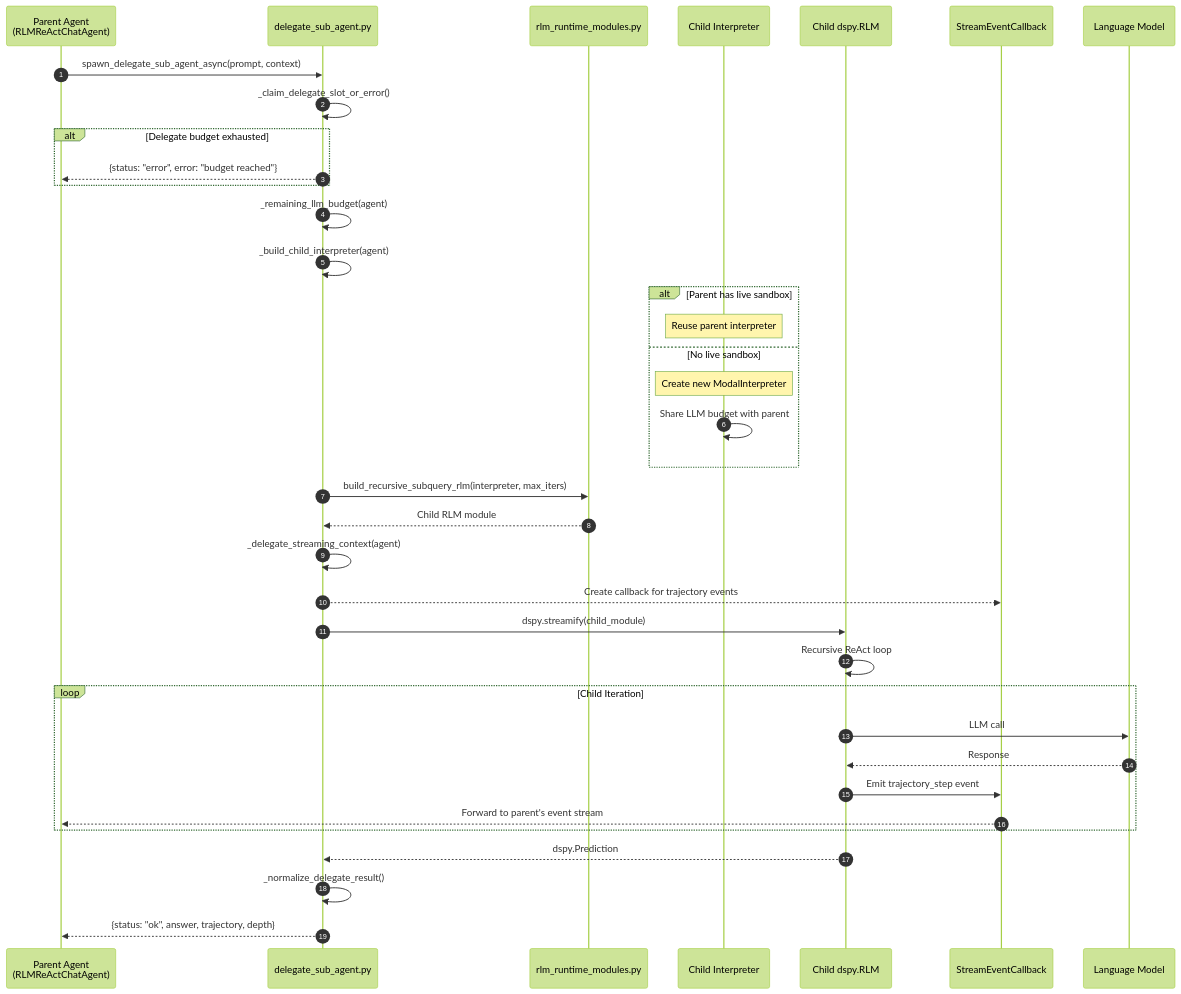
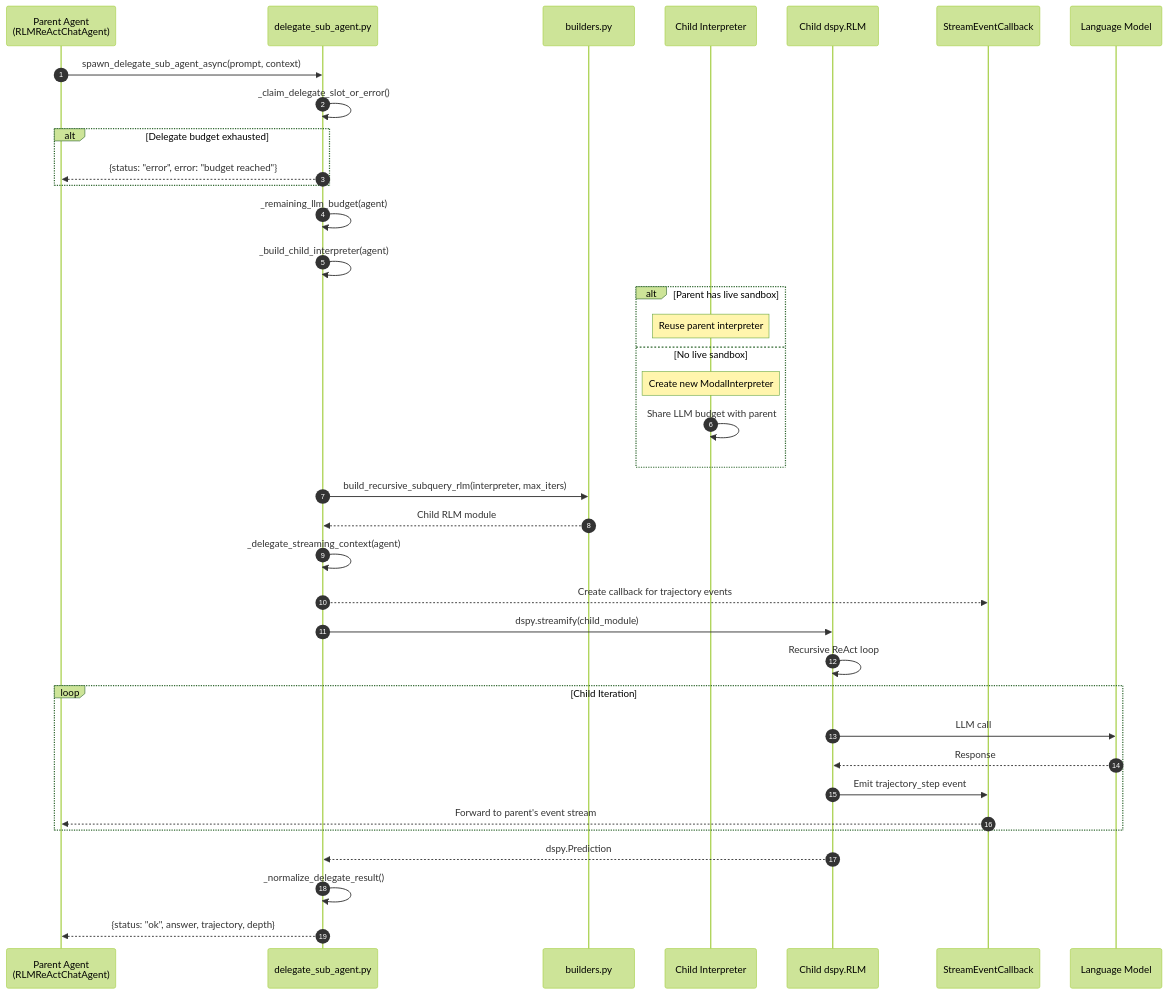
Before and after one commit to Qredence/fleet-rlm: the fifth of 6 diagrams in docs/architecture.md, drawn with Mermaid (forest theme). The commit also changed other lines of this file and 4 other files, not shown here.

First line of the commit message:
fix(comments): update stale core.* comment references and docs to fleet_rlm.runtime.*

````diff
--- a/docs/architecture.md
+++ b/docs/architecture.md
@@ -400,48 +400,48 @@
 ```mermaid
 sequenceDiagram
     autonumber
     participant Parent as Parent Agent<br/>(RLMReActChatAgent)
     participant Delegate as delegate_sub_agent.py
-    participant Builder as rlm_runtime_modules.py
+    participant Builder as builders.py
     participant ChildCtx as Child Interpreter
     participant ChildRLM as Child dspy.RLM
     participant StreamCb as StreamEventCallback
     participant LLM as Language Model
 
     Parent->>Delegate: spawn_delegate_sub_agent_async(prompt, context)
     Delegate->>Delegate: _claim_delegate_slot_or_error()
 
     alt Delegate budget exhausted
         Delegate-->>Parent: {status: "error", error: "budget reached"}
     end
 
     Delegate->>Delegate: _remaining_llm_budget(agent)
     Delegate->>Delegate: _build_child_interpreter(agent)
 
     alt Parent has live sandbox
         Note over ChildCtx: Reuse parent interpreter
     else No live sandbox
         Note over ChildCtx: Create new ModalInterpreter
         ChildCtx->>ChildCtx: Share LLM budget with parent
     end
 
     Delegate->>Builder: build_recursive_subquery_rlm(interpreter, max_iters)
     Builder-->>Delegate: Child RLM module
 
     Delegate->>Delegate: _delegate_streaming_context(agent)
     Delegate-->>StreamCb: Create callback for trajectory events
 
     Delegate->>ChildRLM: dspy.streamify(child_module)
     ChildRLM->>ChildRLM: Recursive ReAct loop
 
     loop Child Iteration
         ChildRLM->>LLM: LLM call
         LLM-->>ChildRLM: Response
         ChildRLM->>StreamCb: Emit trajectory_step event
         StreamCb-->>Parent: Forward to parent's event stream
     end
 
     ChildRLM-->>Delegate: dspy.Prediction
     Delegate->>Delegate: _normalize_delegate_result()
     Delegate-->>Parent: {status: "ok", answer, trajectory, depth}
 ```
````
